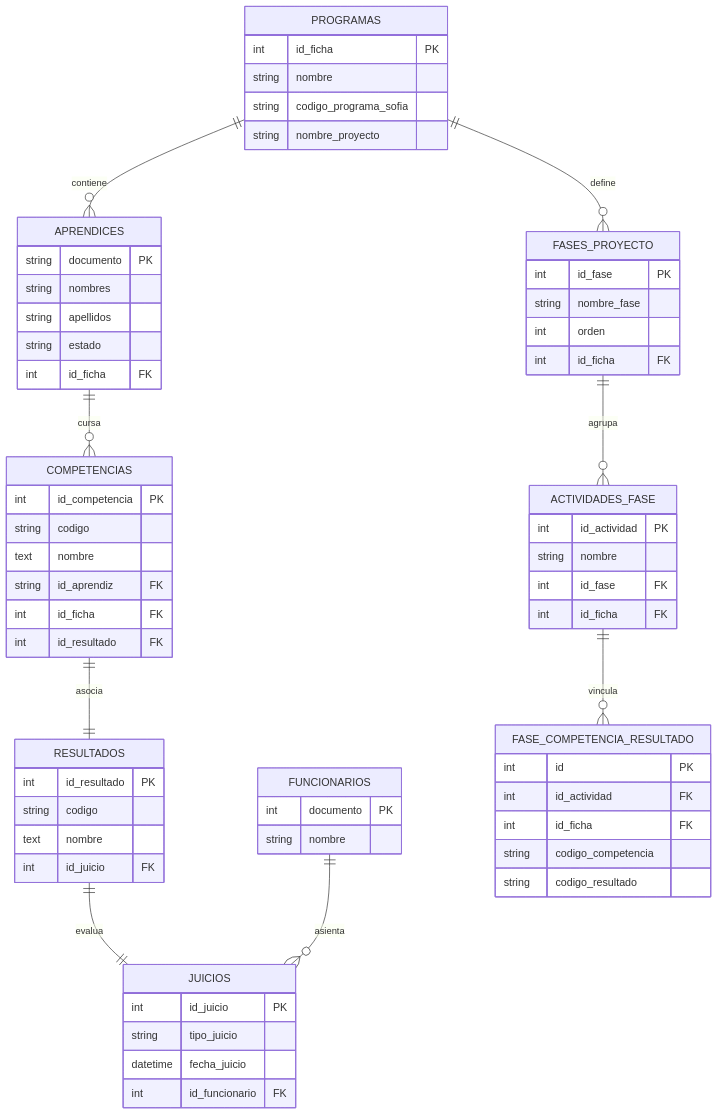
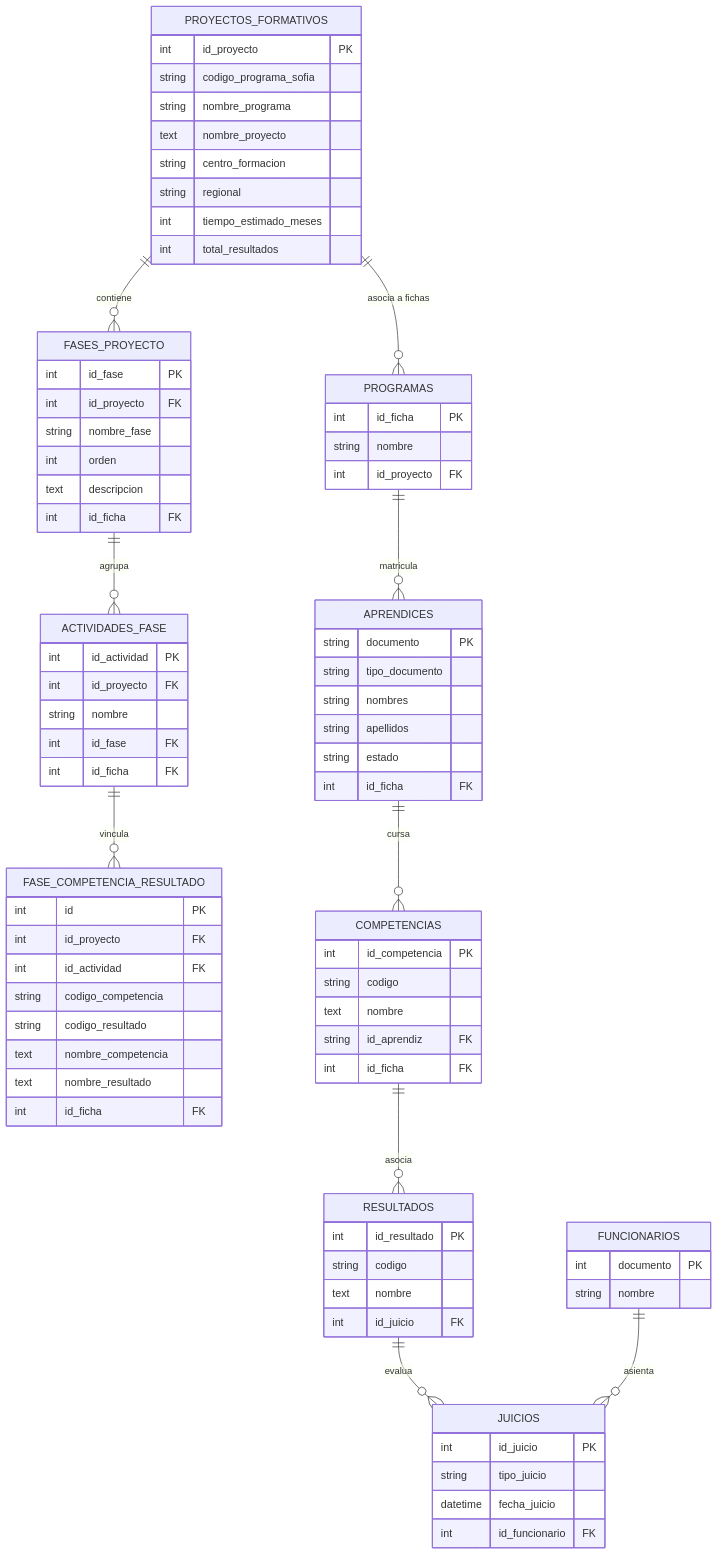
The diagram in docs/documentacion-tecnica.md (Santiago072/sistema_gestion_datos), drawn with Mermaid before and after one commit. The commit also changed other lines of this file and 14 other files, not shown here.

````diff
--- a/docs/documentacion-tecnica.md
+++ b/docs/documentacion-tecnica.md
@@ -61,68 +64,94 @@
 ```mermaid
 erDiagram
-    PROGRAMAS ||--o{ APRENDICES : "contiene"
-    PROGRAMAS ||--o{ FASES_PROYECTO : "define"
-    APRENDICES ||--o{ COMPETENCIAS : "cursa"
-    COMPETENCIAS ||--|| RESULTADOS : "asocia"
-    RESULTADOS ||--|| JUICIOS : "evalua"
-    FUNCIONARIOS ||--o{ JUICIOS : "asienta"
+    PROYECTOS_FORMATIVOS ||--o{ PROGRAMAS : "asocia a fichas"
+    PROYECTOS_FORMATIVOS ||--o{ FASES_PROYECTO : "contiene"
     FASES_PROYECTO ||--o{ ACTIVIDADES_FASE : "agrupa"
     ACTIVIDADES_FASE ||--o{ FASE_COMPETENCIA_RESULTADO : "vincula"
+
+    PROGRAMAS ||--o{ APRENDICES : "matricula"
+    APRENDICES ||--o{ COMPETENCIAS : "cursa"
+    COMPETENCIAS ||--o{ RESULTADOS : "asocia"
+    RESULTADOS ||--o{ JUICIOS : "evalua"
+    FUNCIONARIOS ||--o{ JUICIOS : "asienta"
+
+    PROYECTOS_FORMATIVOS {
+        int id_proyecto PK
+        string codigo_programa_sofia
+        string nombre_programa
+        text nombre_proyecto
+        string centro_formacion
+        string regional
+        int tiempo_estimado_meses
+        int total_resultados
+    }
 
     PROGRAMAS {
         int id_ficha PK
         string nombre
-        string codigo_programa_sofia
-        string nombre_proyecto
+        int id_proyecto FK
     }
+
+    FASES_PROYECTO {
+        int id_fase PK
+        int id_proyecto FK
+        string nombre_fase
+        int orden
+        text descripcion
+        int id_ficha FK
+    }
+
+    ACTIVIDADES_FASE {
+        int id_actividad PK
+        int id_proyecto FK
+        string nombre
+        int id_fase FK
+        int id_ficha FK
+    }
+
+    FASE_COMPETENCIA_RESULTADO {
+        int id PK
+        int id_proyecto FK
+        int id_actividad FK
+        string codigo_competencia
+        string codigo_resultado
+        text nombre_competencia
+        text nombre_resultado
+        int id_ficha FK
+    }
+
     APRENDICES {
         string documento PK
+        string tipo_documento
         string nombres
         string apellidos
         string estado
         int id_ficha FK
     }
+
     COMPETENCIAS {
         int id_competencia PK
         string codigo
         text nombre
         string id_aprendiz FK
         int id_ficha FK
-        int id_resultado FK
     }
+
     RESULTADOS {
         int id_resultado PK
         string codigo
         text nombre
         int id_juicio FK
     }
+
     JUICIOS {
         int id_juicio PK
         string tipo_juicio
         datetime fecha_juicio
         int id_funcionario FK
     }
+
     FUNCIONARIOS {
         int documento PK
         string nombre
     }
-    FASES_PROYECTO {
-        int id_fase PK
-        string nombre_fase
-        int orden
-        int id_ficha FK
-    }
-    ACTIVIDADES_FASE {
-        int id_actividad PK
-        string nombre
-        int id_fase FK
-        int id_ficha FK
-    }
-    FASE_COMPETENCIA_RESULTADO {
-        int id PK
-        int id_actividad FK
-        int id_ficha FK
-        string codigo_competencia
-        string codigo_resultado
-    }
 ```
````
